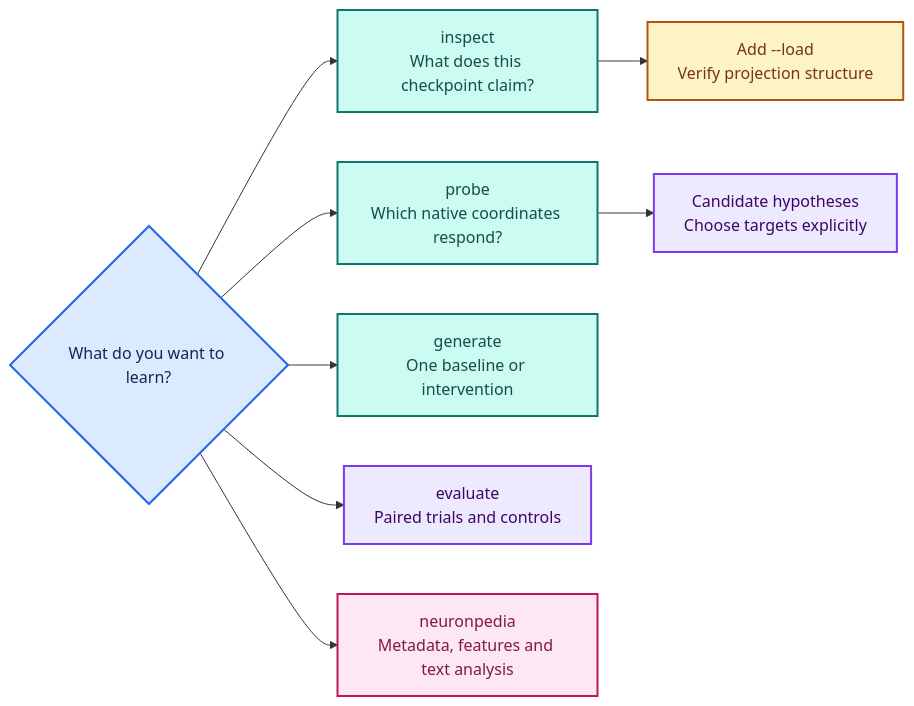
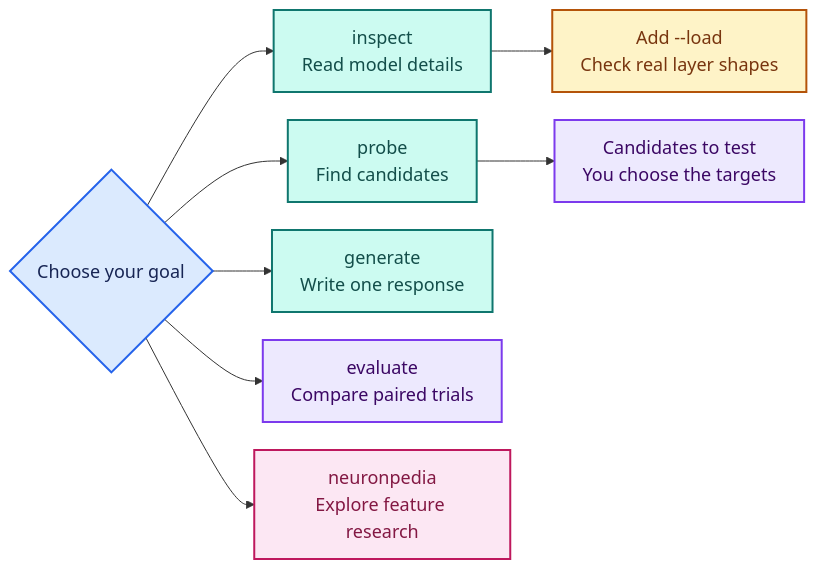
The second of 3 diagrams in README.md (djayuffe/neuron-steer), drawn with Mermaid before and after one commit. The commit also changed other lines of this file and 6 other files, not shown here.

Commit message:
Improve reading paths, diagram typography and ELI5 concept explanations

````diff
--- a/README.md
+++ b/README.md
@@ -63,19 +116,31 @@
 ```mermaid
+---
+config:
+  fontFamily: Arial, Helvetica, sans-serif
+  fontSize: 18
+  themeVariables:
+    fontFamily: Arial, Helvetica, sans-serif
+    fontSize: 18px
+  flowchart:
+    nodeSpacing: 28
+    rankSpacing: 42
+    padding: 14
+---
 flowchart LR
   accTitle: Choose the command for your question
   accDescr: Inspect checks capabilities, probe ranks observational candidates, generate produces text, evaluate compares trials, and neuronpedia performs explicit research.
-Q{"What do you want to learn?"}:::input
-  Q --> I["inspect<br/>What does this checkpoint claim?"]:::local
-  I --> IL["Add --load<br/>Verify projection structure"]:::choice
-  Q --> P["probe<br/>Which native coordinates respond?"]:::local
-  P --> H["Candidate hypotheses<br/>Choose targets explicitly"]:::evidence
-  Q --> G["generate<br/>One baseline or intervention"]:::local
-  Q --> E["evaluate<br/>Paired trials and controls"]:::evidence
-  Q --> N["neuronpedia<br/>Metadata, features and text analysis"]:::remote
+  Q{"Choose your goal"}:::input
+  Q --> I["inspect<br/>Read model details"]:::local
+  I --> IL["Add --load<br/>Check real layer shapes"]:::choice
+  Q --> P["probe<br/>Find candidates"]:::local
+  P --> H["Candidates to test<br/>You choose the targets"]:::evidence
+  Q --> G["generate<br/>Write one response"]:::local
+  Q --> E["evaluate<br/>Compare paired trials"]:::evidence
+  Q --> N["neuronpedia<br/>Explore feature research"]:::remote
   classDef input fill:#DBEAFE,stroke:#2563EB,color:#172554,stroke-width:2px;
   classDef local fill:#CCFBF1,stroke:#0F766E,color:#134E4A,stroke-width:2px;
   classDef choice fill:#FEF3C7,stroke:#B45309,color:#78350F,stroke-width:2px;
   classDef evidence fill:#EDE9FE,stroke:#7C3AED,color:#3B0764,stroke-width:2px;
   classDef remote fill:#FCE7F3,stroke:#BE185D,color:#831843,stroke-width:2px;
   classDef limit fill:#FEE2E2,stroke:#DC2626,color:#7F1D1D,stroke-width:2px;
 ```
````
